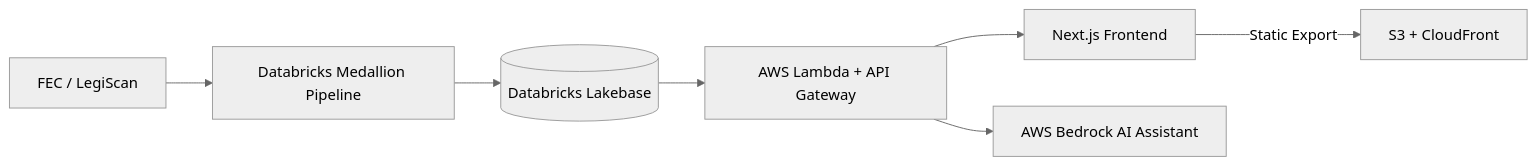
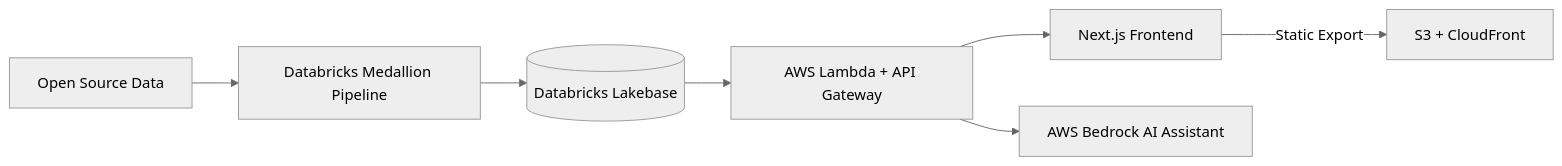
One commit to Simon-Dao/the-lazy-voter-frontend changed the diagram in README.md. Above: the diagram before and after it, drawn with Mermaid (neutral theme).

Commit message:
edited architecture section on readme

````diff
--- a/README.md
+++ b/README.md
@@ -43,9 +43,9 @@
 ```mermaid
 flowchart LR
-    A[FEC / LegiScan] --> B[Databricks Medallion Pipeline]
+    A[Open Source Data] --> B[Databricks Medallion Pipeline]
     B --> C[(Databricks Lakebase)]
     C --> D[AWS Lambda + API Gateway]
     D --> E[Next.js Frontend]
     E -->|Static Export| F[S3 + CloudFront]
     D --> G[AWS Bedrock AI Assistant]
 ```
````
